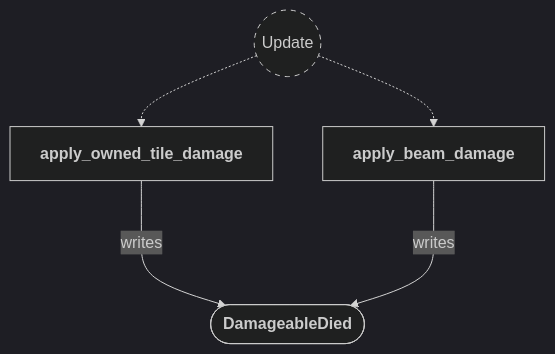
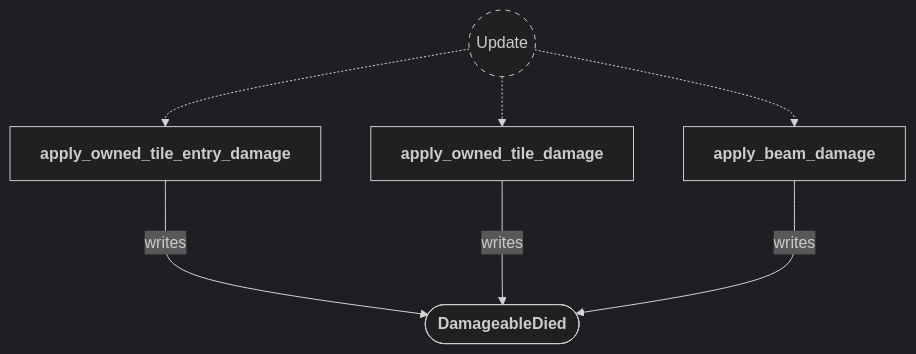
Before and after one commit to neurosoup/tyled: the ninth of 9 diagrams in backlog/docs/doc-11 - 009-Damage-plugin.md, drawn with Mermaid. The commit also changed other lines of this file and 1 other file, not shown here.

First line of the commit message:
Fix: damage players on entering opponent-claimed tiles

````diff
--- a/backlog/docs/doc-11 - 009-Damage-plugin.md
+++ b/backlog/docs/doc-11 - 009-Damage-plugin.md
@@ -304,21 +345,24 @@
 ```mermaid
 ---
 config:
   theme: dark
 ---
 
 flowchart TD
 classDef system-group stroke-dasharray: 5 5
 
 update(("`Update`")):::system-group
+apply_owned_tile_entry_damage["`**apply_owned_tile_entry_damage**`"]
 apply_owned_tile_damage["`**apply_owned_tile_damage**`"]
 apply_beam_damage["`**apply_beam_damage**`"]
 
+update -.-> apply_owned_tile_entry_damage
 update -.-> apply_owned_tile_damage
 update -.-> apply_beam_damage
 
 damageable_died_message(["`**DamageableDied**`"])
 
+apply_owned_tile_entry_damage ---> |writes| damageable_died_message
 apply_owned_tile_damage ---> |writes| damageable_died_message
 apply_beam_damage ---> |writes| damageable_died_message
 ```
````
